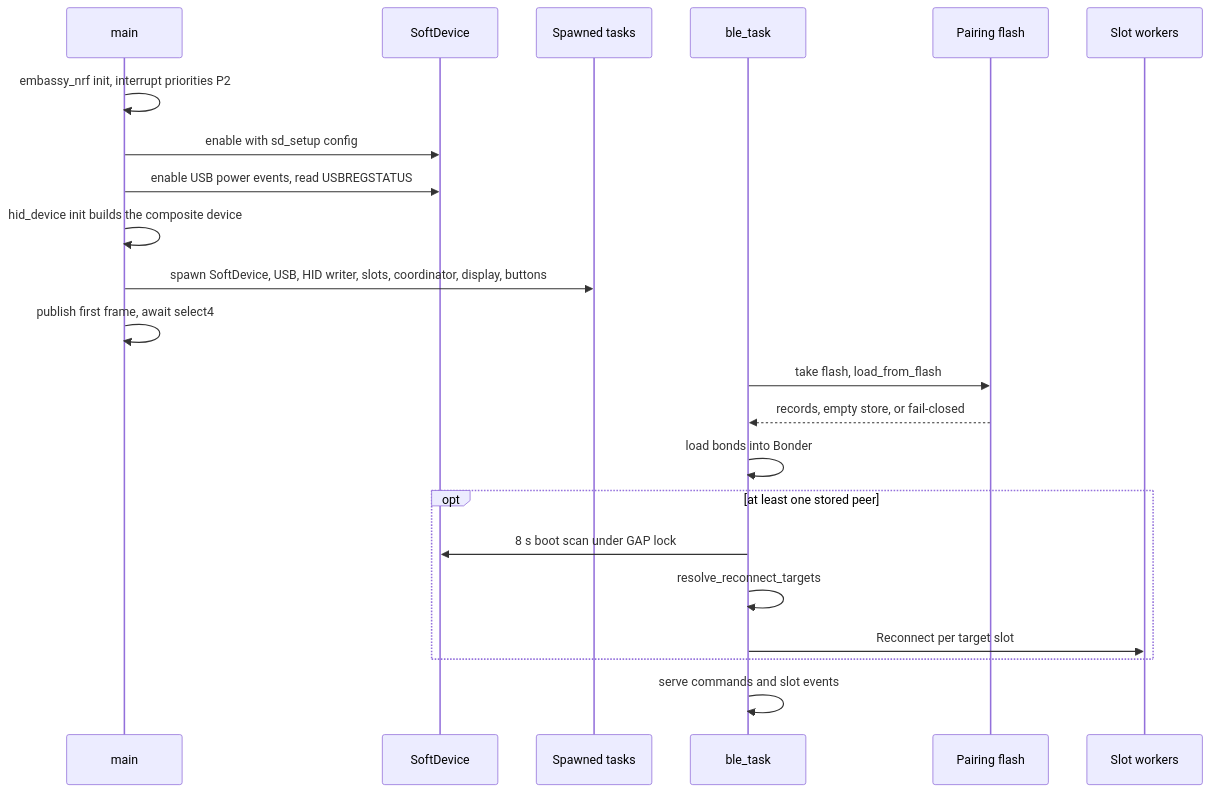
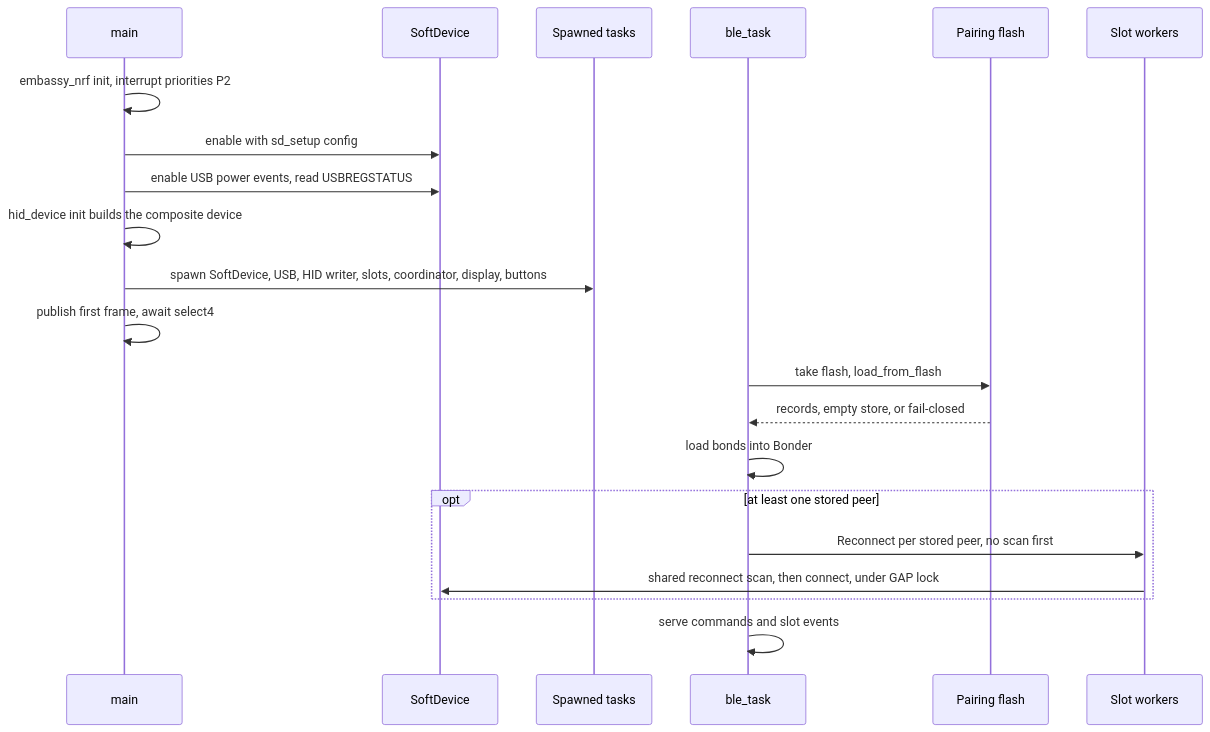
One commit to chefzaid/bt2usb changed the fourth of 10 diagrams in docs/architecture.md. Above: the diagram before and after it, drawn with Mermaid. The commit also changed other lines of this file and 32 other files, not shown here.

First line of the commit message:
Reconnect at power-up, restore lock-key LEDs, bound connection parameters, accept OEM reserved byte

````diff
--- a/docs/architecture.md
+++ b/docs/architecture.md
@@ -295,24 +299,23 @@
 ```mermaid
 sequenceDiagram
     participant M as main
     participant SD as SoftDevice
     participant T as Spawned tasks
     participant C as ble_task
     participant F as Pairing flash
     participant W as Slot workers
     M->>M: embassy_nrf init, interrupt priorities P2
     M->>SD: enable with sd_setup config
     M->>SD: enable USB power events, read USBREGSTATUS
     M->>M: hid_device init builds the composite device
     M->>T: spawn SoftDevice, USB, HID writer, slots, coordinator, display, buttons
     M->>M: publish first frame, await select4
     C->>F: take flash, load_from_flash
     F-->>C: records, empty store, or fail-closed
     C->>C: load bonds into Bonder
     opt at least one stored peer
-        C->>SD: 8 s boot scan under GAP lock
-        C->>C: resolve_reconnect_targets
-        C->>W: Reconnect per target slot
+        C->>W: Reconnect per stored peer, no scan first
+        W->>SD: shared reconnect scan, then connect, under GAP lock
     end
     C->>C: serve commands and slot events
 ```
````
